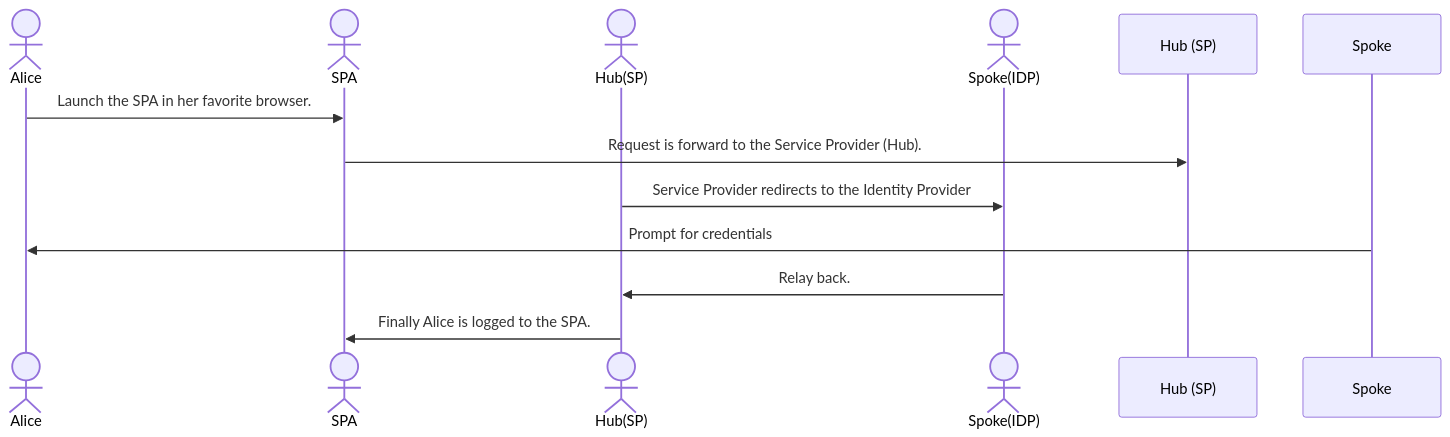
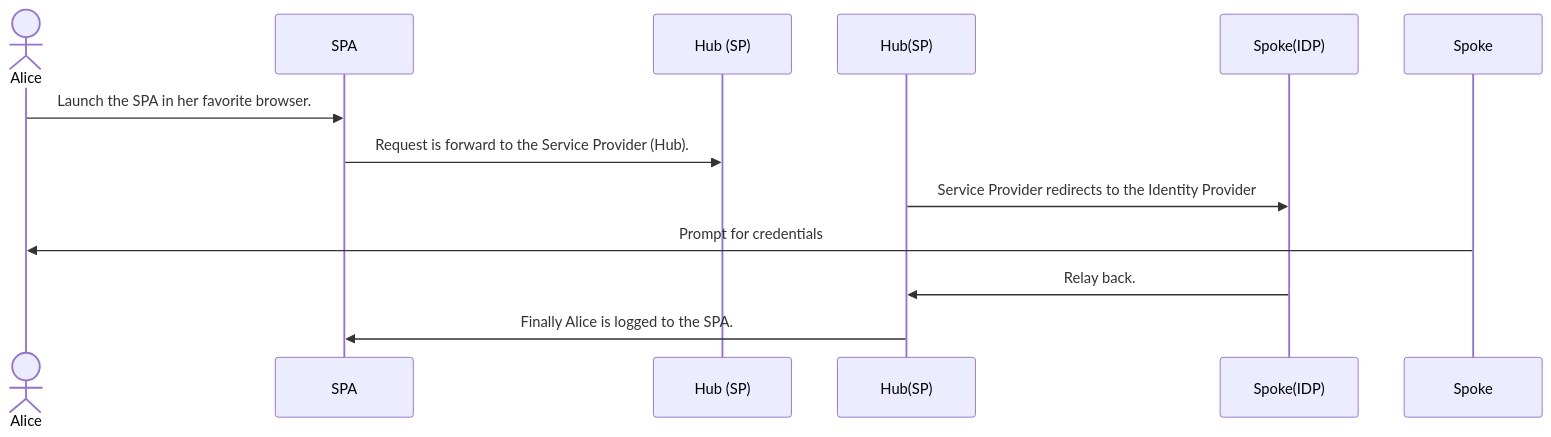
Before and after one commit to noinarisak/okta-terraform-hub-spoke-oidc: the first of 2 diagrams in README.md, drawn with Mermaid.

Commit message:
Update README to correct the mermaid diagram

````diff
--- a/README.md
+++ b/README.md
@@ -8,13 +8,10 @@
 ```mermaid
 sequenceDiagram
     actor Alice
-    actor SPA
-    actor Hub(SP)
-    actor Spoke(IDP)
     Alice->>SPA: Launch the SPA in her favorite browser.
     SPA->>Hub (SP): Request is forward to the Service Provider (Hub).
     Hub(SP)->>Spoke(IDP): Service Provider redirects to the Identity Provider
     Spoke->>Alice: Prompt for credentials
     Spoke(IDP)->>Hub(SP): Relay back.
     Hub(SP)->>SPA: Finally Alice is logged to the SPA.
 ```
````
